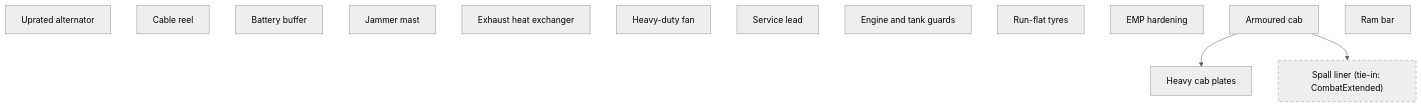
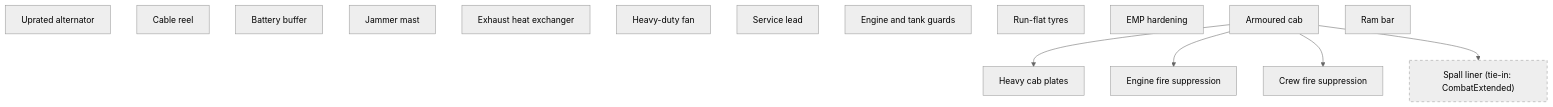
The second of 2 diagrams in docs/development/vehicle-generator-set.md (phobos-dthorga/phobos-rimworld), drawn with Mermaid (neutral theme) before and after one commit. The commit also changed 56 other files, not shown here.

````diff
--- a/docs/development/vehicle-generator-set.md
+++ b/docs/development/vehicle-generator-set.md
@@ -233,21 +233,25 @@
 ```mermaid
 flowchart TB
   BiggerAlternator["Uprated alternator"]
   CableReel["Cable reel"]
   BatteryBuffer["Battery buffer"]
   GroundJammer["Jammer mast"]
   HeatRecovery["Exhaust heat exchanger"]
   HeavyFan["Heavy-duty fan"]
   PhobosServiceLead["Service lead"]
   PhobosEngineGuards["Engine and tank guards"]
   PhobosRunFlatTyres["Run-flat tyres"]
   PhobosEmpHardening["EMP hardening"]
   PhobosArmouredCab["Armoured cab"]
   PhobosRamBar["Ram bar"]
   PhobosHeavyCabPlates["Heavy cab plates"]
+  PhobosSuppressionEngine["Engine fire suppression"]
+  PhobosSuppressionCrew["Crew fire suppression"]
   PhobosSpallLiner["Spall liner (tie-in: CombatExtended)"]
   PhobosArmouredCab --> PhobosHeavyCabPlates
+  PhobosArmouredCab --> PhobosSuppressionEngine
+  PhobosArmouredCab --> PhobosSuppressionCrew
   PhobosArmouredCab --> PhobosSpallLiner
   classDef tiein stroke-dasharray: 5 5
   class PhobosSpallLiner tiein
 ```
````
